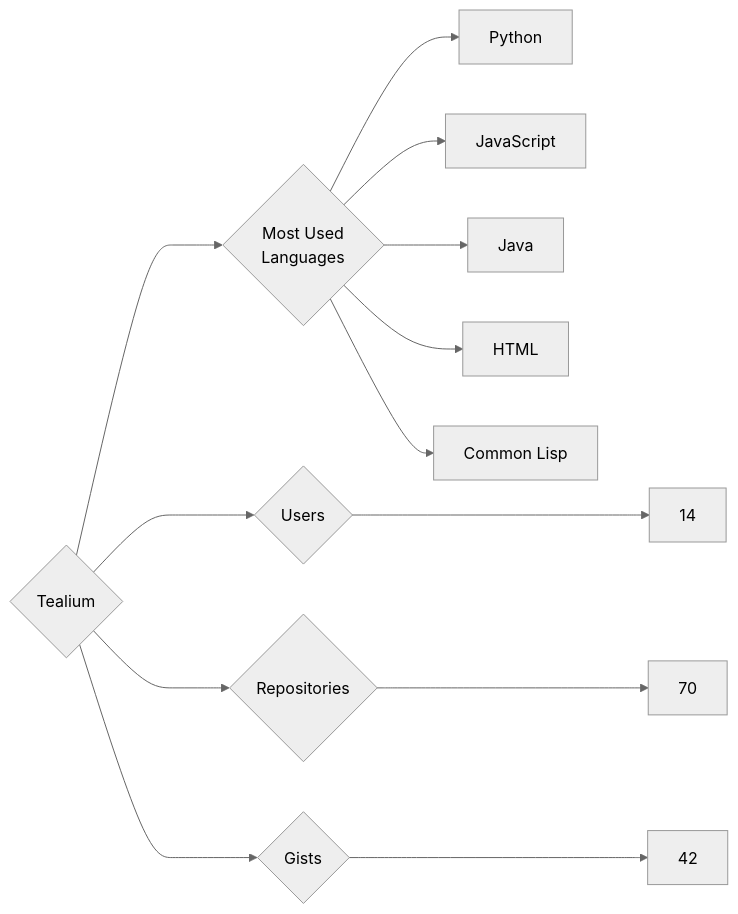
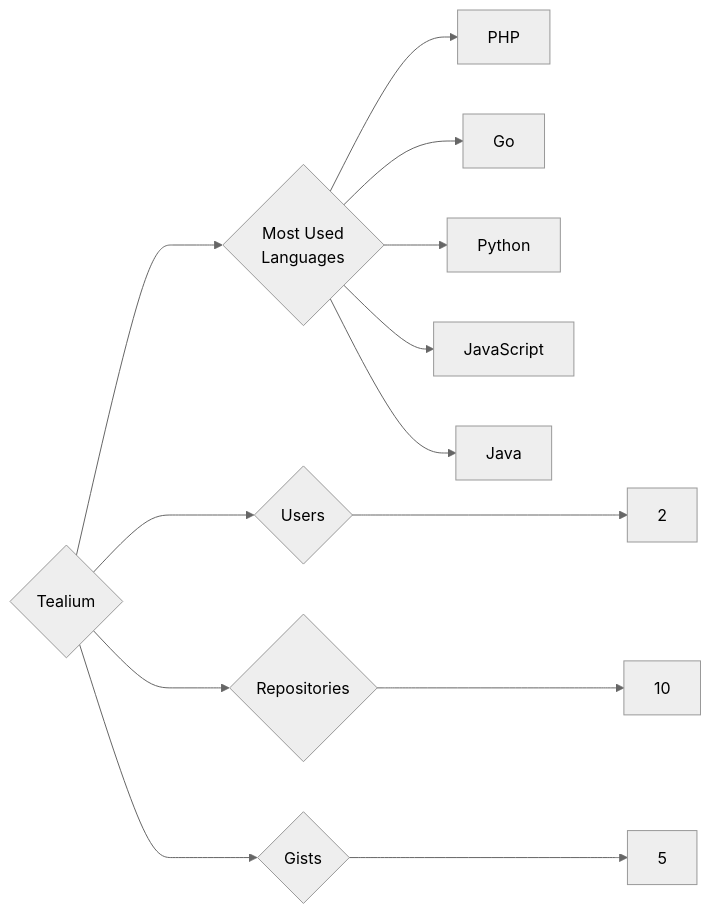
Before and after one commit to trickest/insiders: the diagram in targets/Tealium/README.md, drawn with Mermaid (neutral theme). The commit also changed 829 other files, not shown here.

````diff
--- a/targets/Tealium/README.md
+++ b/targets/Tealium/README.md
@@ -3,13 +3,13 @@
 ```mermaid
 graph LR
 COMPANY_NAME{Tealium}
-COMPANY_NAME ---> U{Users} ---> UN[14]
-COMPANY_NAME ---> R{Repositories} ---> RN[70]
-COMPANY_NAME ---> G{Gists} ---> GN[42]
+COMPANY_NAME ---> U{Users} ---> UN[2]
+COMPANY_NAME ---> R{Repositories} ---> RN[10]
+COMPANY_NAME ---> G{Gists} ---> GN[5]
 COMPANY_NAME ---> ML{Most Used<br>Languages}
+ML --> PHP[PHP]
+ML --> Go[Go]
 ML --> Python[Python]
 ML --> JavaScript[JavaScript]
 ML --> Java[Java]
-ML --> HTML[HTML]
-ML --> Common_Lisp[Common Lisp]
 ```
````
